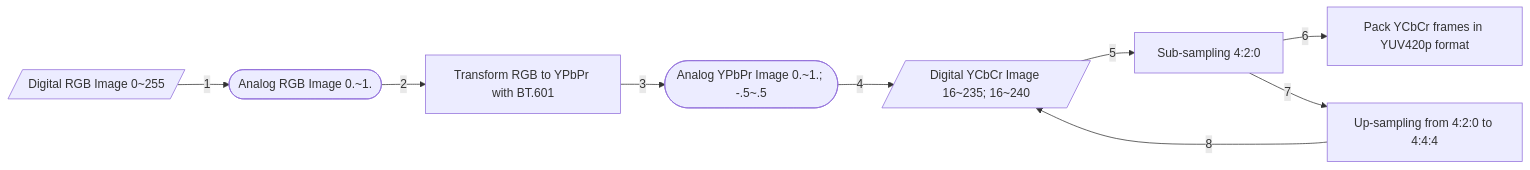
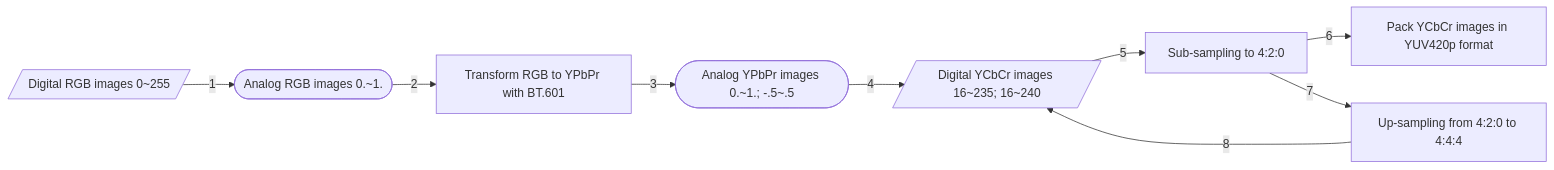
The second of 4 diagrams in outputs/README.tmp.md (AsherJingkongChen/video-compression-assignment), drawn with Mermaid before and after one commit. The commit also changed other lines of this file and 19 other files, not shown here.

````diff
--- a/outputs/README.tmp.md
+++ b/outputs/README.tmp.md
@@ -257,20 +257,20 @@
 ```mermaid
 graph LR
-    drgb[/Digital RGB Image 0~255/]
-    argb([Analog RGB Image 0.~1.])
+    drgb[/Digital RGB images 0~255/]
+    argb([Analog RGB images 0.~1.])
     tran[Transform RGB to YPbPr with BT.601]
-    ayuv([Analog YPbPr Image 0.~1.; -.5~.5])
-    dyuv[/Digital YCbCr Image 16~235; 16~240/]
-    sub[Sub-sampling 4:2:0]
+    ayuv([Analog YPbPr images 0.~1.; -.5~.5])
+    dyuv[/Digital YCbCr images 16~235; 16~240/]
+    sub[Sub-sampling to 4:2:0]
     ups[Up-sampling from 4:2:0 to 4:4:4]
-    pack[Pack YCbCr frames in YUV420p format]
+    pack[Pack YCbCr images in YUV420p format]
 
     drgb -->|1| argb
     argb -->|2| tran
     tran -->|3| ayuv
     ayuv -->|4| dyuv
     dyuv -->|5| sub
     sub -->|6| pack
     sub -->|7| ups
     ups -->|8| dyuv
 ```
````
